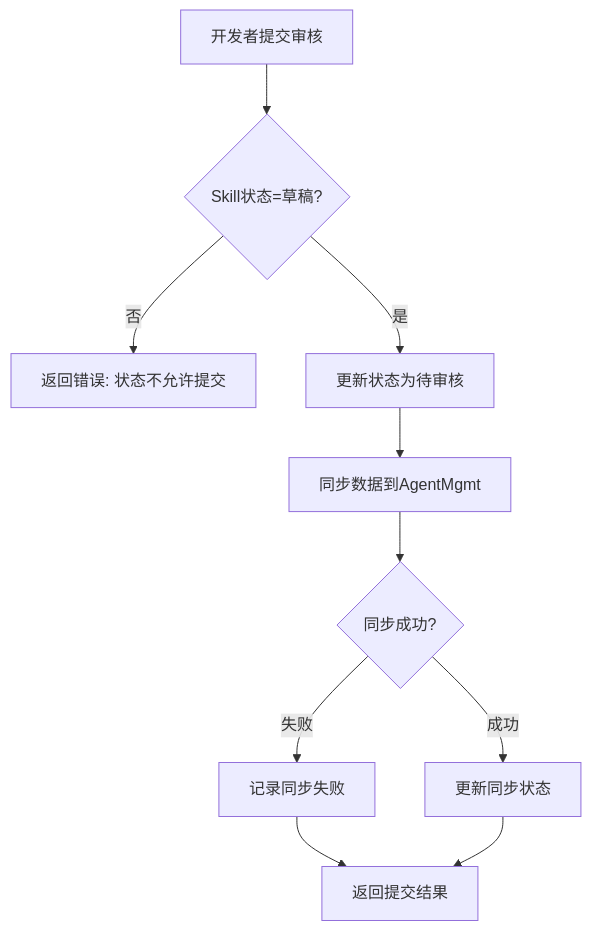
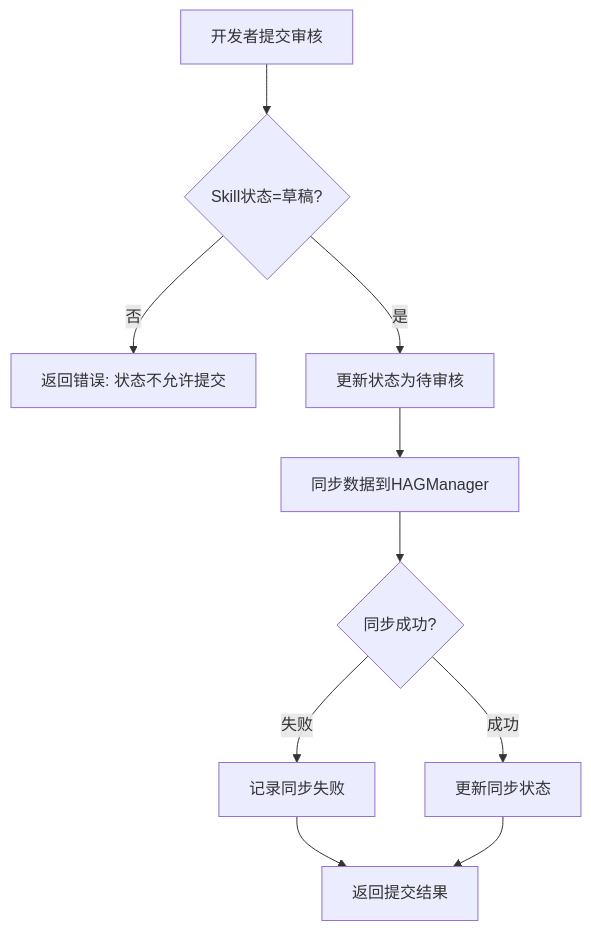
Before and after one commit to jinyule/xiaoyi-skill-mgmt: the seventh of 33 diagrams in architecture-design.md, drawn with Mermaid. The commit also changed other lines of this file, not shown here.

````diff
--- a/architecture-design.md
+++ b/architecture-design.md
@@ -198,12 +198,12 @@
 ```mermaid
 flowchart TD
     A[开发者提交审核] --> B{Skill状态=草稿?}
     B -->|否| Z1[返回错误: 状态不允许提交]
     B -->|是| C[更新状态为待审核]
-    C --> D[同步数据到AgentMgmt]
+    C --> D[同步数据到HAGManager]
     D --> E{同步成功?}
     E -->|失败| F[记录同步失败]
     E -->|成功| G[更新同步状态]
     F --> H[返回提交结果]
     G --> H
 ```
````
